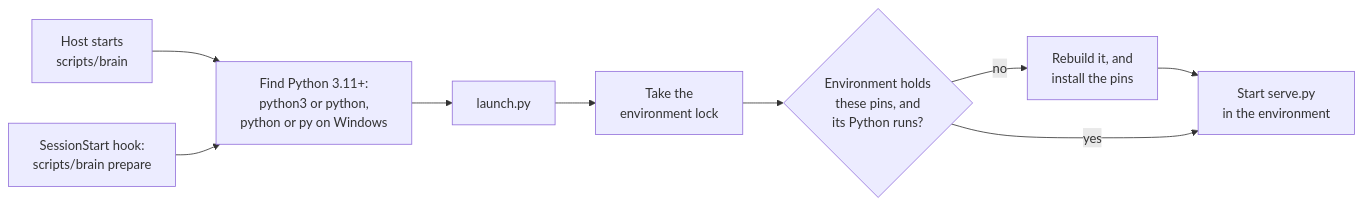
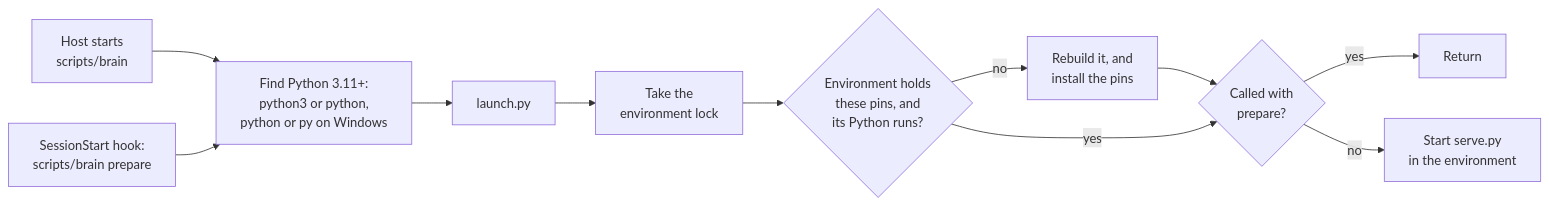
Before and after one commit to Velrea/AI.Brain: the diagram in docs/mcp-server.md, drawn with Mermaid. The commit also changed other lines of this file and 12 other files, not shown here.

````diff
--- a/docs/mcp-server.md
+++ b/docs/mcp-server.md
@@ -17,11 +17,13 @@
 ```mermaid
 flowchart LR
     host["Host starts<br/>scripts/brain"] --> python["Find Python 3.11+:<br/>python3 or python,<br/>python or py on Windows"]
     hook["SessionStart hook:<br/>scripts/brain prepare"] --> python
     python --> launch["launch.py"]
     launch --> lock["Take the<br/>environment lock"]
     lock --> current{"Environment holds<br/>these pins, and<br/>its Python runs?"}
     current -- no --> build["Rebuild it, and<br/>install the pins"]
-    build --> serve
-    current -- yes --> serve["Start serve.py<br/>in the environment"]
+    build --> ready{"Called with<br/>prepare?"}
+    current -- yes --> ready
+    ready -- yes --> done["Return"]
+    ready -- no --> serve["Start serve.py<br/>in the environment"]
 ```
````
